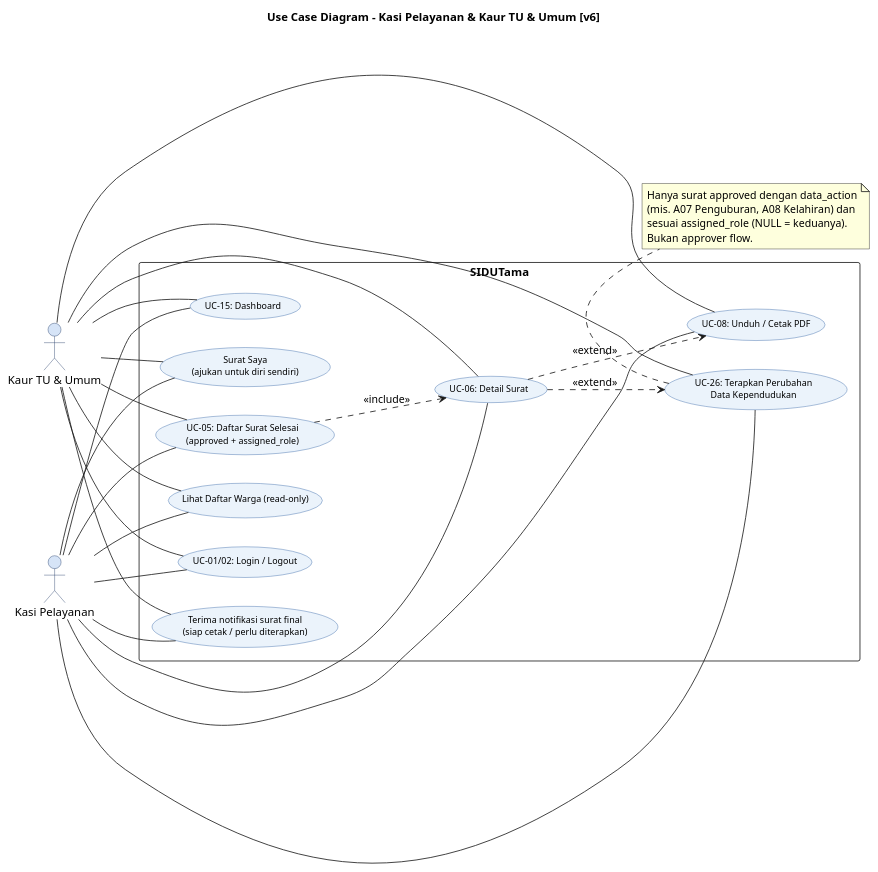
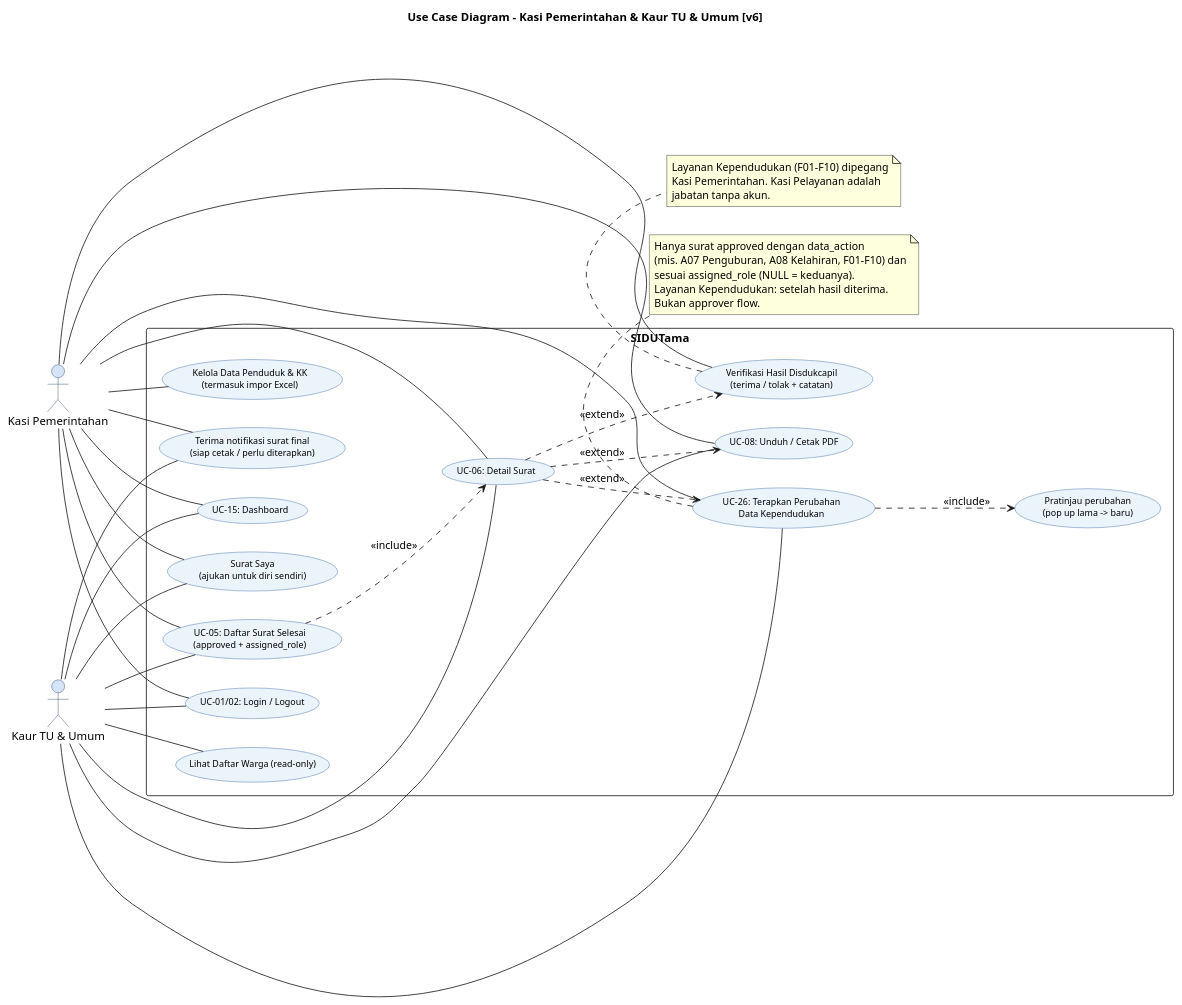
One commit to Vextronode/sid-app changed the diagram in docs/diagram/code/usecase/09_UC_KasiKaur_v6.puml. Above: the diagram before and after it, drawn with PlantUML. The commit also changed other lines of this file and 458 other files, not shown here.

```diff
--- a/docs/diagram/code/usecase/09_UC_KasiKaur_v6.puml
+++ b/docs/diagram/code/usecase/09_UC_KasiKaur_v6.puml
@@ -9,60 +11,73 @@
 @startuml UC_KasiKaur_v6
 left to right direction
 skinparam packageStyle rectangle
 skinparam backgroundColor #FFFFFF
 skinparam usecase {
   BackgroundColor #EBF3FB
   BorderColor #2E5FA3
   FontName Arial
   FontSize 11
 }
 skinparam actor {
   BackgroundColor #D6E4F7
   BorderColor #1F3864
 }
-title Use Case Diagram - Kasi Pelayanan & Kaur TU & Umum [v6]
+title Use Case Diagram - Kasi Pemerintahan & Kaur TU & Umum [v6]
 
-actor "Kasi Pelayanan" as KASI
+actor "Kasi Pemerintahan" as KASI
 actor "Kaur TU & Umum" as KAUR
 
 rectangle "SIDUTama" {
   usecase "UC-01/02: Login / Logout" as UC_AUTH
   usecase "Terima notifikasi surat final\n(siap cetak / perlu diterapkan)" as UC_NOTIF
   usecase "UC-05: Daftar Surat Selesai\n(approved + assigned_role)" as UC_LIST
   usecase "UC-06: Detail Surat" as UC_DETAIL
   usecase "UC-08: Unduh / Cetak PDF" as UC_DL
   usecase "UC-26: Terapkan Perubahan\nData Kependudukan" as UC_FULFILL
+  usecase "Pratinjau perubahan\n(pop up lama -> baru)" as UC_PREVIEW
+  usecase "Verifikasi Hasil Disdukcapil\n(terima / tolak + catatan)" as UC_RESULT
   usecase "Lihat Daftar Warga (read-only)" as UC_CIT
+  usecase "Kelola Data Penduduk & KK\n(termasuk impor Excel)" as UC_CITMANAGE
   usecase "UC-15: Dashboard" as UC_DASH
   usecase "Surat Saya\n(ajukan untuk diri sendiri)" as UC_SELF
 }
 
 KASI -- UC_AUTH
 KASI -- UC_NOTIF
 KASI -- UC_LIST
 KASI -- UC_DETAIL
 KASI -- UC_DL
 KASI -- UC_FULFILL
-KASI -- UC_CIT
+KASI -- UC_RESULT
+KASI -- UC_CITMANAGE
 KASI -- UC_DASH
 KASI -- UC_SELF
 KAUR -- UC_AUTH
 KAUR -- UC_NOTIF
 KAUR -- UC_LIST
 KAUR -- UC_DETAIL
 KAUR -- UC_DL
 KAUR -- UC_FULFILL
 KAUR -- UC_CIT
 KAUR -- UC_DASH
 KAUR -- UC_SELF
 UC_LIST ..> UC_DETAIL : <<include>>
 UC_DETAIL ..> UC_DL : <<extend>>
 UC_DETAIL ..> UC_FULFILL : <<extend>>
+UC_DETAIL ..> UC_RESULT : <<extend>>
+UC_FULFILL ..> UC_PREVIEW : <<include>>
 
 note bottom of UC_FULFILL
   Hanya surat approved dengan data_action
-  (mis. A07 Penguburan, A08 Kelahiran) dan
+  (mis. A07 Penguburan, A08 Kelahiran, F01-F10) dan
   sesuai assigned_role (NULL = keduanya).
+  Layanan Kependudukan: setelah hasil diterima.
   Bukan approver flow.
 end note
+
+note bottom of UC_RESULT
+  Layanan Kependudukan (F01-F10) dipegang
+  Kasi Pemerintahan. Kasi Pelayanan adalah
+  jabatan tanpa akun.
+end note
 @enduml
```
